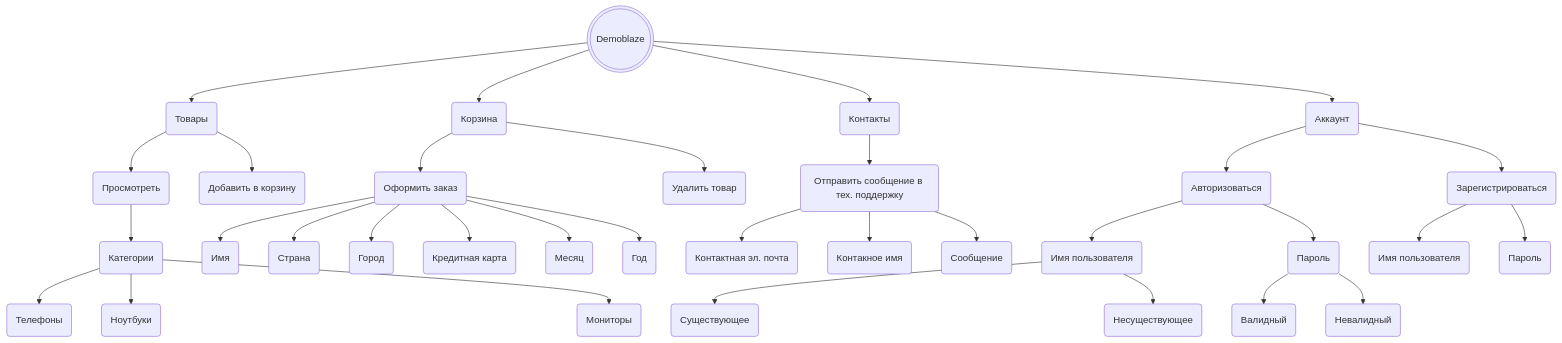
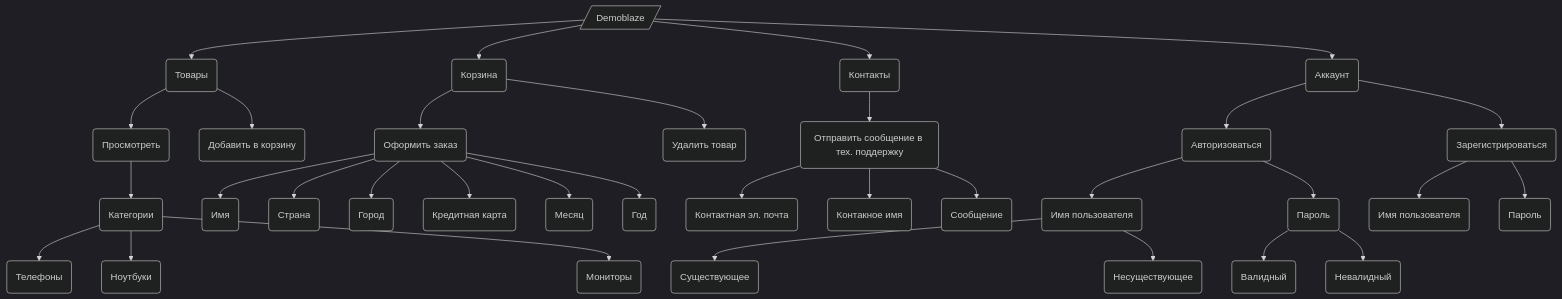
Before and after one commit to atrskv/demoblaze-tests: the first of 2 diagrams in README.md, drawn with Mermaid. The commit also changed other lines of this file, not shown here.

````diff
--- a/README.md
+++ b/README.md
@@ -26,60 +26,62 @@
 ```mermaid
+    %%{init: {'theme':'dark'}}%%
         flowchart TD
+            
         
-        demoblaze(((Demoblaze))) --> products(Товары)
+        demoblaze[/Demoblaze/] --> products(Товары)
         
         products --> view(Просмотреть)
         
         view --> categories(Категории)
         
         categories --> phones(Телефоны)
         categories --> laptops(Ноутбуки)
         categories --> monitors(Мониторы)
 
         products --> add(Добавить в корзину) 
 
         demoblaze --> cart(Корзина)
         
         cart --> order(Оформить заказ)
         
         order --> name(Имя)
         order --> country(Страна)
         order --> city(Город)
         order --> creditCard(Кредитная карта)
         order --> month(Месяц)
         order --> year(Год)
         
         cart -->  remove(Удалить товар)
         
         demoblaze --> contacts(Контакты)
         
         contacts --> support(Отправить сообщение в тех. поддержку)
         
         support --> email(Контактная эл. почта)
         support --> contactName(Контакное имя)
         support --> message(Сообщение)
         
         account --> logIn(Авторизоваться)
         
         logIn --> userNameForLogIn(Имя пользователя)
         
         userNameForLogIn -->existingUserName(Существующее)
         userNameForLogIn -->notExistingUserName(Несуществующее)
         
         logIn --> passwordForLogIn(Пароль)
         
         passwordForLogIn --> validPassword(Валидный)
         passwordForLogIn --> inValidPassword(Невалидный)
         
         demoblaze --> account(Аккаунт)
         
         account --> signUp(Зарегистрироваться)
         signUp --> userName(Имя пользователя)
         signUp --> password(Пароль)
 
         click Demoblaze "https://www.demoblaze.com" _blank
         click Account "https://github.com/lrayne/demoblaze-tests/blob/develop/tests/test_account.py" _blank
         click Products "https://github.com/lrayne/demoblaze-tests/blob/develop/tests/test_products.py" _blank
         click Cart "https://github.com/lrayne/demoblaze-tests/blob/develop/tests/test_cart.py" _blank
 
 ```
````
